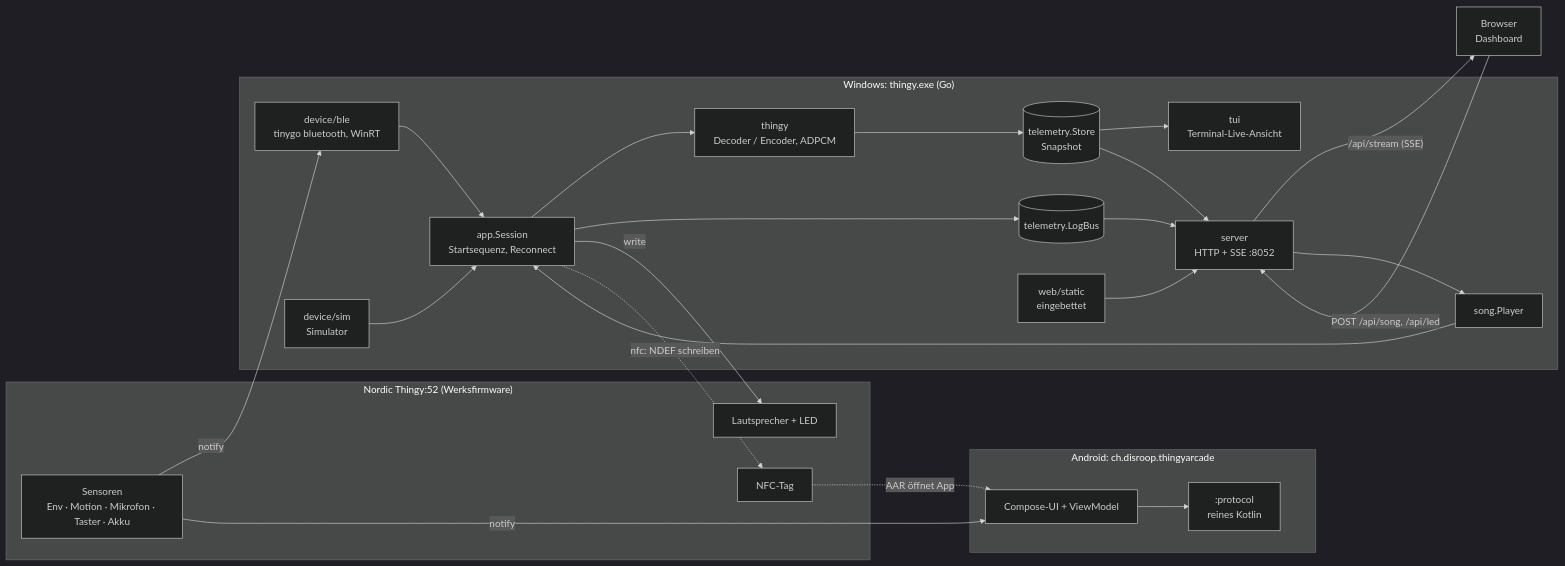
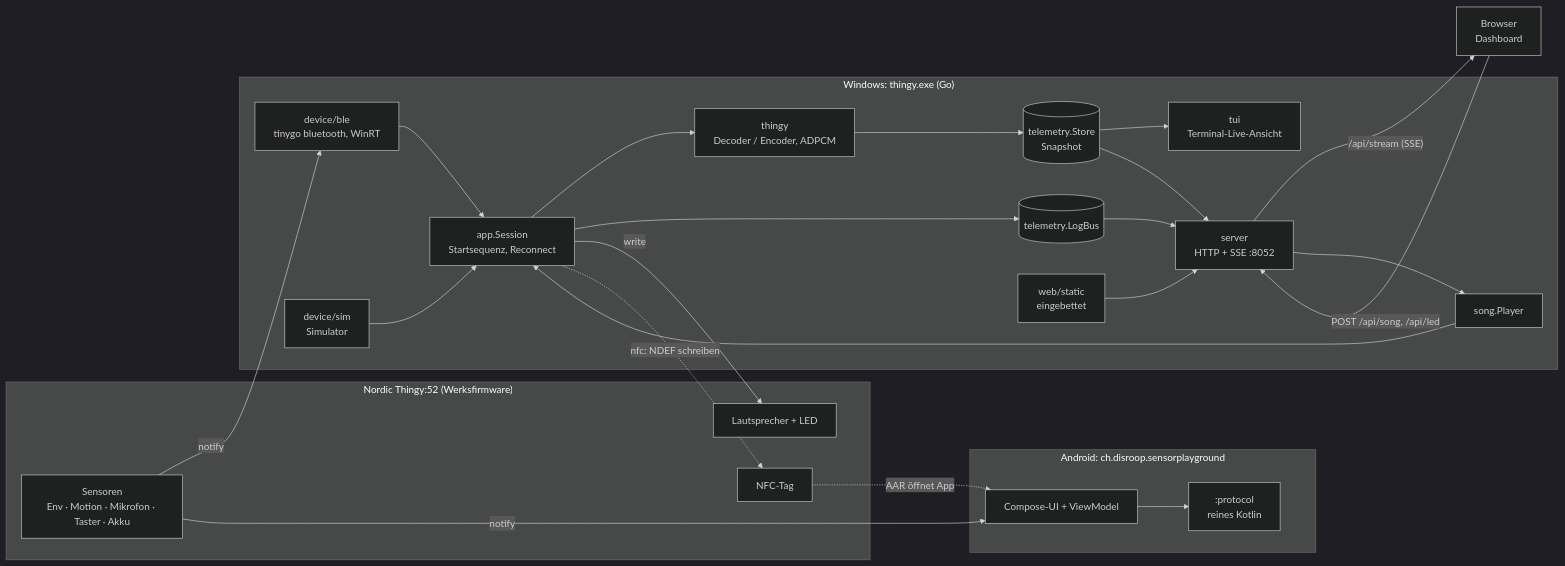
Before and after one commit to stefaneicher/disroop-sensor-playground: the first of 2 diagrams in docs/ARCHITECTURE.md, drawn with Mermaid (dark theme). The commit also changed other lines of this file and 151 other files, not shown here.

````diff
--- a/docs/ARCHITECTURE.md
+++ b/docs/ARCHITECTURE.md
@@ -5,44 +5,44 @@
 ```mermaid
 flowchart LR
   subgraph Thingy["Nordic Thingy:52 (Werksfirmware)"]
     S[Sensoren<br/>Env · Motion · Mikrofon · Taster · Akku]
     A[Lautsprecher + LED]
     N[NFC-Tag]
   end
 
   subgraph Win["Windows: thingy.exe (Go)"]
     BLE[device/ble<br/>tinygo bluetooth, WinRT]
     SIM[device/sim<br/>Simulator]
     SES[app.Session<br/>Startsequenz, Reconnect]
     DEC[thingy<br/>Decoder / Encoder, ADPCM]
     ST[(telemetry.Store<br/>Snapshot)]
     LOG[(telemetry.LogBus)]
     TUI[tui<br/>Terminal-Live-Ansicht]
     HTTP[server<br/>HTTP + SSE :8052]
     SONG[song.Player]
     WEB[web/static<br/>eingebettet]
   end
 
   Browser[Browser<br/>Dashboard]
-  subgraph Phone["Android: ch.disroop.thingyarcade"]
+  subgraph Phone["Android: ch.disroop.sensorplayground"]
     APP[Compose-UI + ViewModel]
     PROTO[:protocol<br/>reines Kotlin]
   end
 
   S -- notify --> BLE
   BLE --> SES
   SIM --> SES
   SES --> DEC --> ST
   SES --> LOG
   ST --> TUI
   ST --> HTTP
   LOG --> HTTP
   HTTP -- "/api/stream (SSE)" --> Browser
   Browser -- "POST /api/song, /api/led" --> HTTP
   HTTP --> SONG --> SES -- write --> A
   WEB --> HTTP
   SES -. "nfc: NDEF schreiben" .-> N
   N -. "AAR öffnet App" .-> APP
   S -- notify --> APP
   APP --> PROTO
 ```
````
